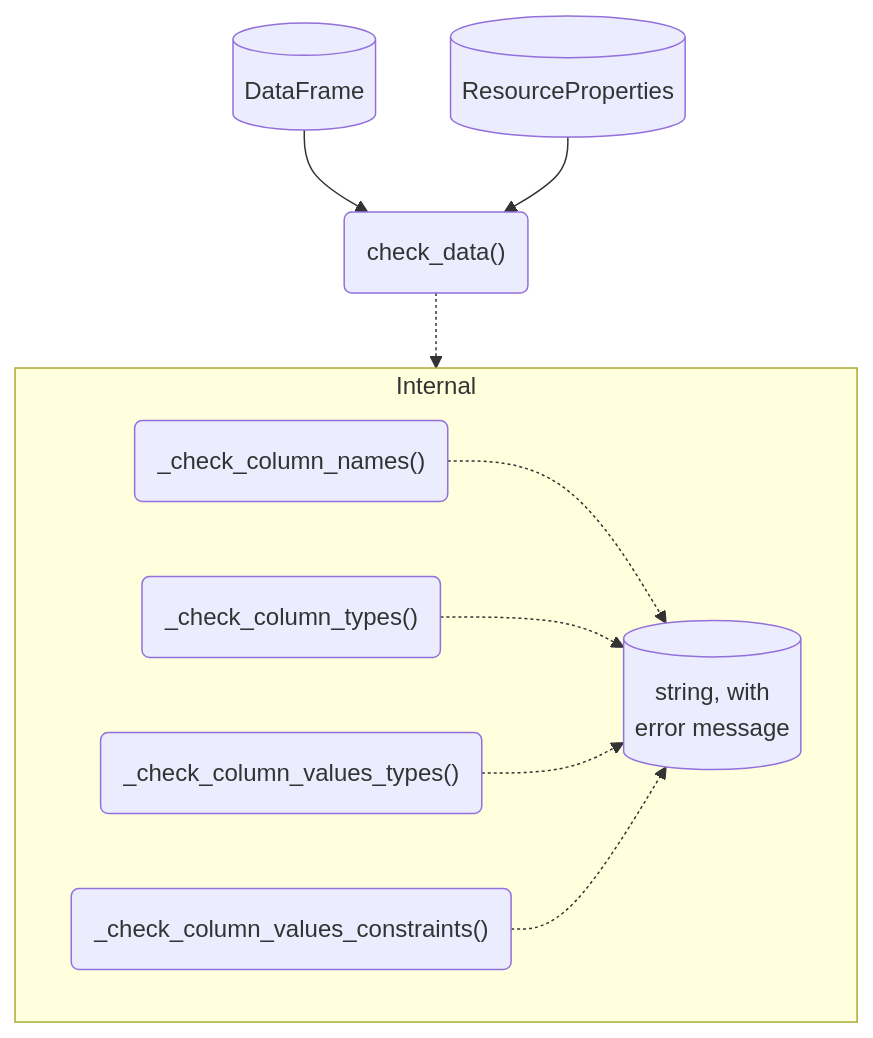
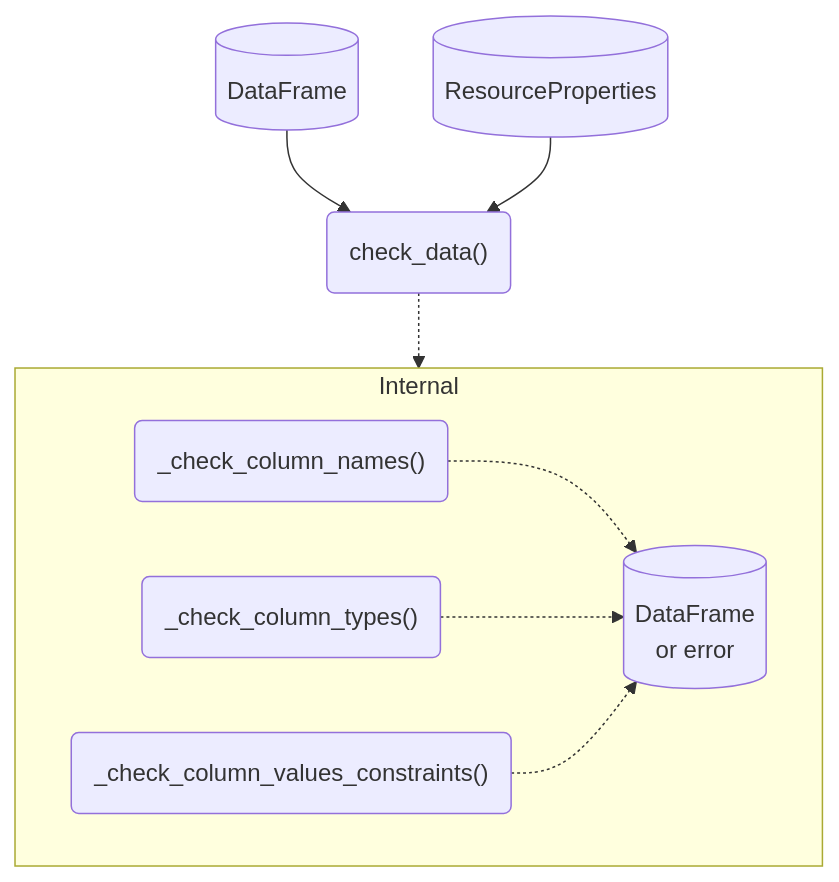
Before and after one commit to seedcase-project/seedcase-sprout: the fourth of 4 diagrams in docs/design/interface/flows.qmd, drawn with Mermaid.

Commit message:
docs: :fire: remove flow to checking value types

````diff
--- a/docs/design/interface/flows.qmd
+++ b/docs/design/interface/flows.qmd
@@ -129,24 +129,22 @@
 ```{mermaid}
 %%| label: fig-flow-check-data-against-properties
 %%| fig-cap: "Diagram showing the flow of objects and functions to check data against the properties."
 %%| fig-alt: "A flow diagram showing the steps to check data against the properties."
 flowchart
     data[(DataFrame)]
     resource_properties[(ResourceProperties)]
     check_data("check_data()")
     subgraph Internal
         check_column_names("_check_column_names()")
         check_column_types("_check_column_types()")
-        check_column_values_types("_check_column_values_types()")
         check_column_values_constraints("_check_column_values_constraints()")
-        string[("string, with<br>error message")]
+        output[("DataFrame<br>or error")]
     end
 
     data --> check_data
     resource_properties --> check_data
     check_data -.-> Internal
-    check_column_names -.-> string
-    check_column_types -.-> string
-    check_column_values_types -.-> string
-    check_column_values_constraints -.-> string
+    check_column_names -.-> output
+    check_column_types -.-> output
+    check_column_values_constraints -.-> output
 ```
````
